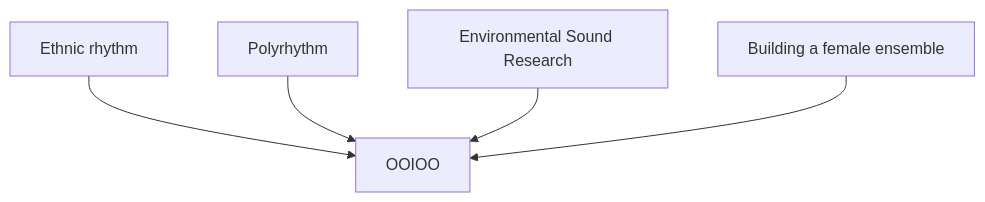
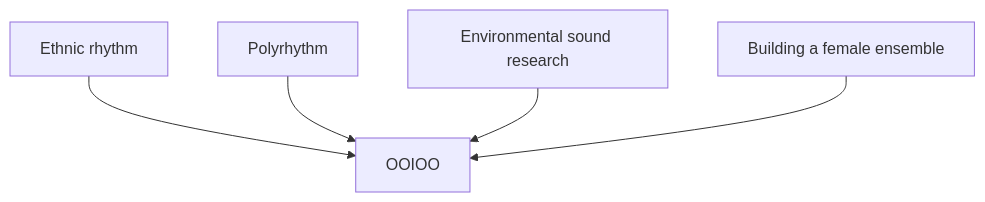
The fourth of 6 diagrams in en/_posts/2025-12-05-column-boredoms.md (monumental-movement/monumental-movement.github.io), drawn with Mermaid before and after one commit. The commit also changed other lines of this file and 375 other files, not shown here.

```diff
--- a/en/_posts/2025-12-05-column-boredoms.md
+++ b/en/_posts/2025-12-05-column-boredoms.md
@@ -193,7 +193,7 @@
 <div class="mermaid">
 flowchart TD
     A["Ethnic rhythm"] --> X["OOIOO"]
     B["Polyrhythm"] --> X
-    C["Environmental Sound Research"] --> X
+    C["Environmental sound research"] --> X
     D["Building a female ensemble"] --> X
 </div>
```
